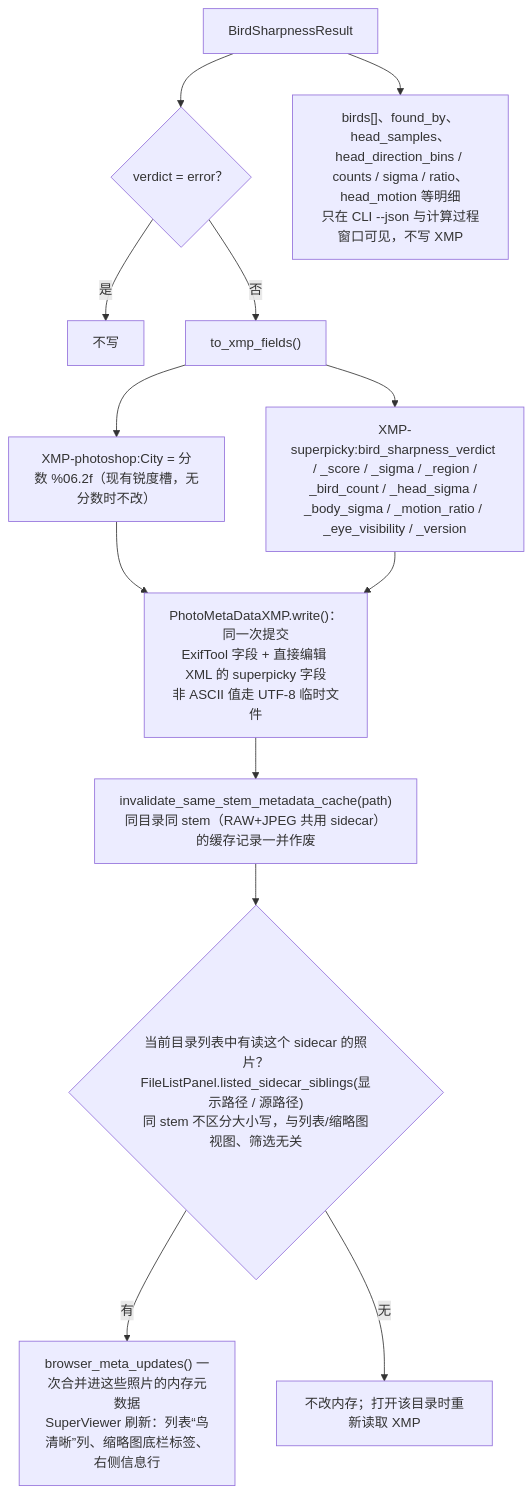
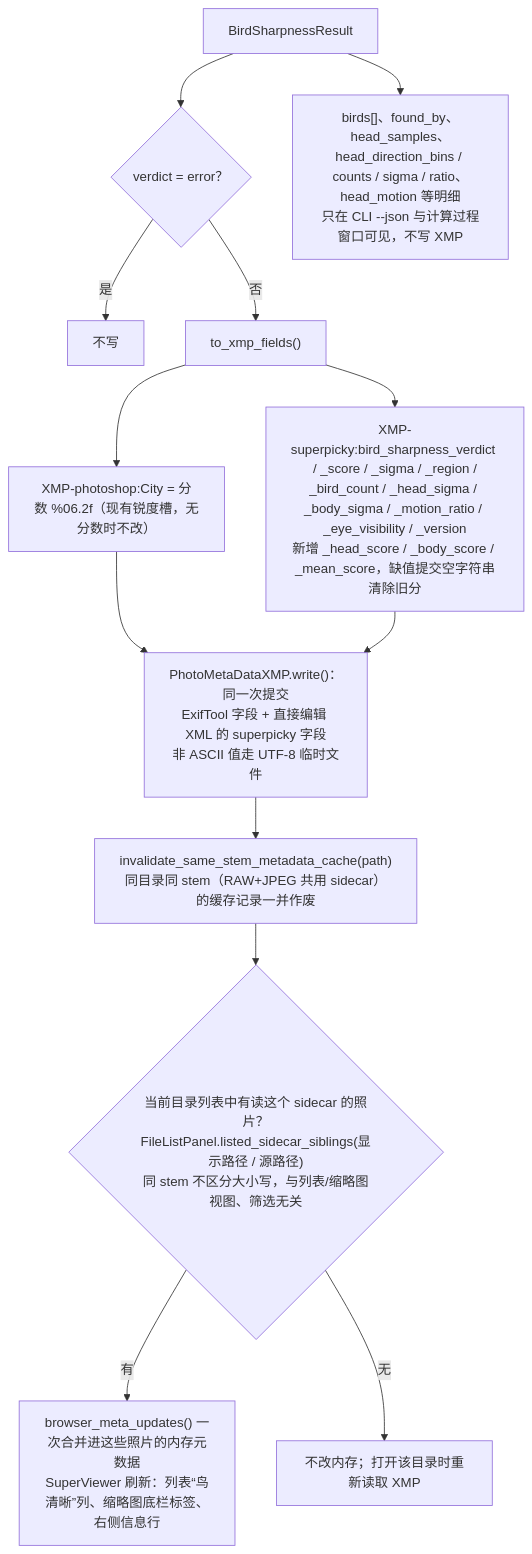
Before and after one commit to OscarKing888/SuperBirdTools: diagram 21 of 21 in docs/bird_sharpness_flowchart.md, drawn with Mermaid. The commit also changed other lines of this file and 15 other files, not shown here.

Commit message:
Add independent head body and mean bird sharpness scores

````diff
--- a/docs/bird_sharpness_flowchart.md
+++ b/docs/bird_sharpness_flowchart.md
@@ -585,15 +607,15 @@
 ```mermaid
 flowchart TD
     A["BirdSharpnessResult"] --> B{"verdict = error？"}
     B -->|是| Z["不写"]
     B -->|否| C["to_xmp_fields()"]
     C --> D["XMP-photoshop:City = 分数 %06.2f（现有锐度槽，无分数时不改）"]
-    C --> E["XMP-superpicky:bird_sharpness_verdict / _score / _sigma / _region /<br/>_bird_count / _head_sigma / _body_sigma / _motion_ratio / _eye_visibility / _version"]
+    C --> E["XMP-superpicky:bird_sharpness_verdict / _score / _sigma / _region /<br/>_bird_count / _head_sigma / _body_sigma / _motion_ratio / _eye_visibility / _version<br/>新增 _head_score / _body_score / _mean_score，缺值提交空字符串清除旧分"]
     D --> F["PhotoMetaDataXMP.write()：同一次提交<br/>ExifTool 字段 + 直接编辑 XML 的 superpicky 字段<br/>非 ASCII 值走 UTF-8 临时文件"]
     E --> F
     F --> G["invalidate_same_stem_metadata_cache(path)<br/>同目录同 stem（RAW+JPEG 共用 sidecar）的缓存记录一并作废"]
     G --> L{"当前目录列表中有读这个 sidecar 的照片？<br/>FileListPanel.listed_sidecar_siblings(显示路径 / 源路径)<br/>同 stem 不区分大小写，与列表/缩略图视图、筛选无关"}
     L -->|有| H["browser_meta_updates() 一次合并进这些照片的内存元数据<br/>SuperViewer 刷新：列表“鸟清晰”列、缩略图底栏标签、右侧信息行"]
     L -->|无| M["不改内存；打开该目录时重新读取 XMP"]
     A --> I["birds[]、found_by、head_samples、head_direction_bins / counts / sigma / ratio、head_motion 等明细<br/>只在 CLI --json 与计算过程窗口可见，不写 XMP"]
 ```
````
